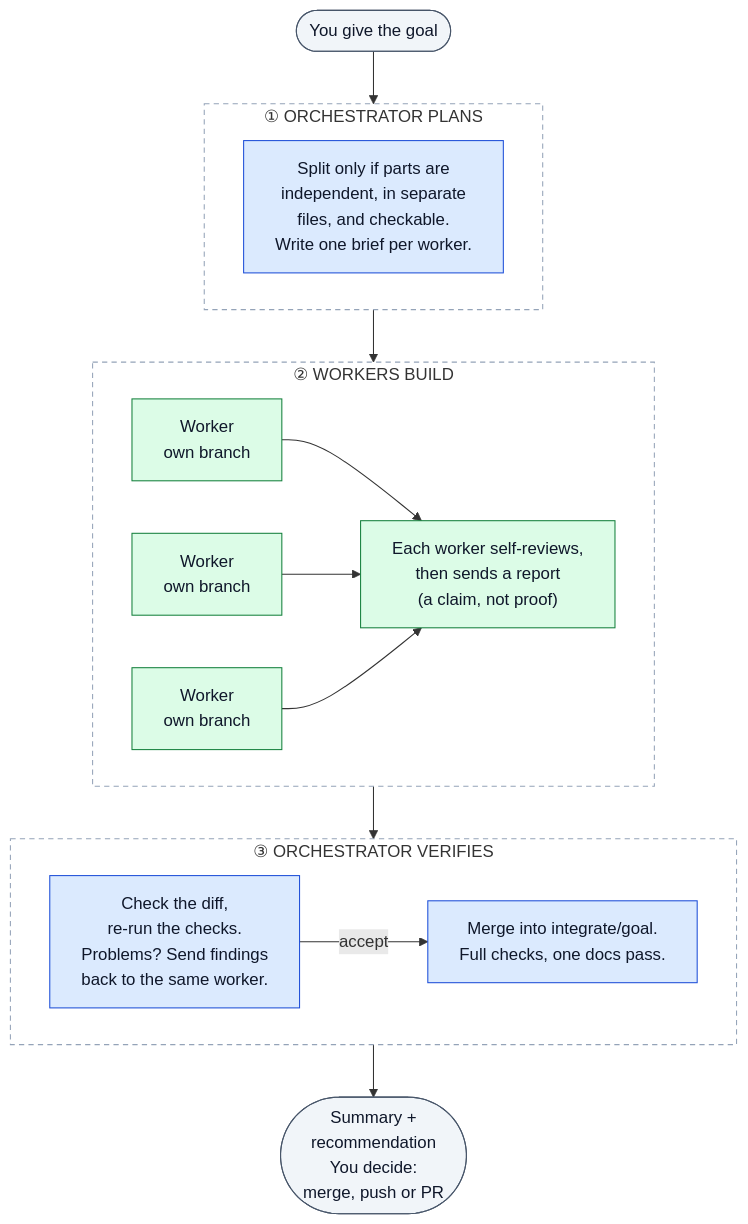
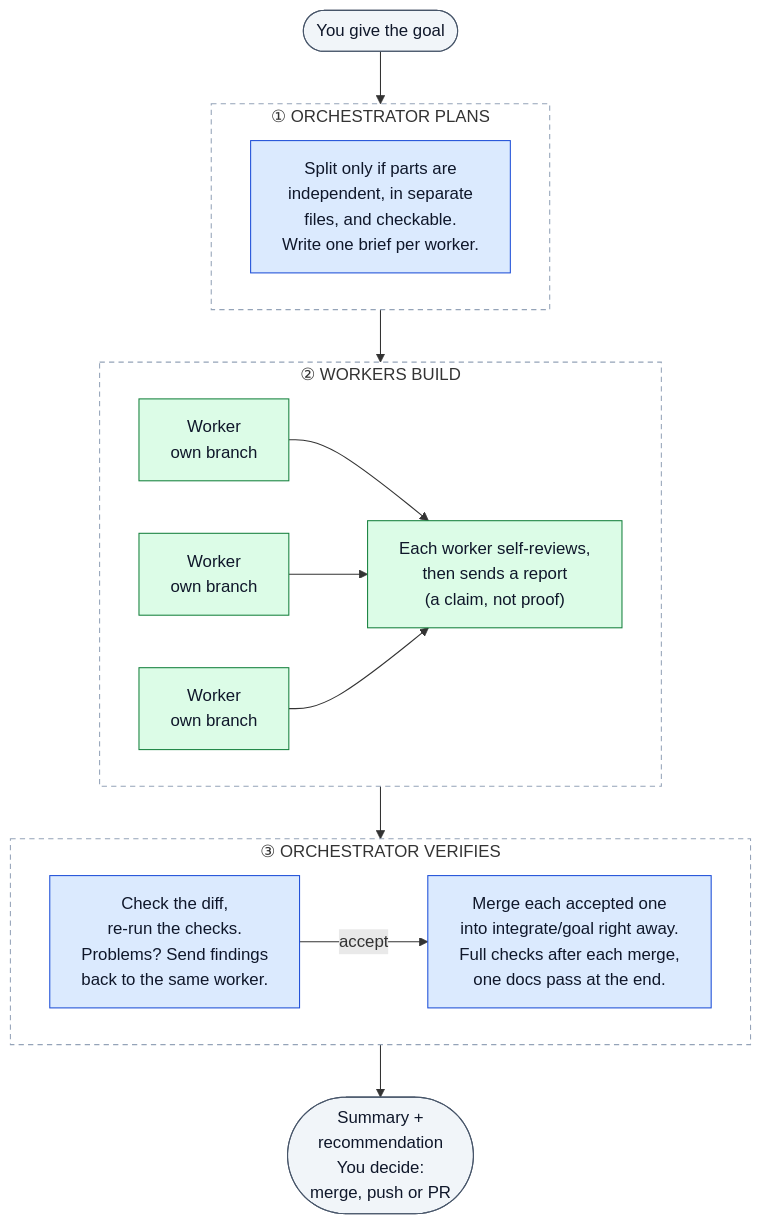
Before and after one commit to Fedekawa/claude-session-orchestration: the diagram in plugins/orchestrator-workers/README.md, drawn with Mermaid. The commit also changed other lines of this file and 10 other files, not shown here.

````diff
--- a/plugins/orchestrator-workers/README.md
+++ b/plugins/orchestrator-workers/README.md
@@ -22,41 +22,41 @@
 ```mermaid
 ---
 config:
   flowchart:
     wrappingWidth: 260
 ---
 flowchart TD
     user(["You give the goal"])
 
     subgraph P1 ["① ORCHESTRATOR PLANS"]
         plan["Split only if parts are<br/>independent, in separate<br/>files, and checkable.<br/>Write one brief per worker."]
     end
 
     subgraph P2 ["② WORKERS BUILD"]
         wa["Worker<br/>own branch"]
         wb["Worker<br/>own branch"]
         wc["Worker<br/>own branch"]
         report["Each worker self-reviews,<br/>then sends a report<br/>(a claim, not proof)"]
         wa & wb & wc --> report
     end
 
     subgraph P3 ["③ ORCHESTRATOR VERIFIES"]
         review["Check the diff,<br/>re-run the checks.<br/>Problems? Send findings<br/>back to the same worker."]
-        integrate["Merge into integrate/goal.<br/>Full checks, one docs pass."]
+        integrate["Merge each accepted one<br/>into integrate/goal right away.<br/>Full checks after each merge,<br/>one docs pass at the end."]
         review -- "accept" --> integrate
     end
 
     done(["Summary +<br/>recommendation<br/>You decide:<br/>merge, push or PR"])
 
     user --> P1 --> P2 --> P3 --> done
 
     classDef you fill:#f1f5f9,stroke:#475569,color:#0f172a
     classDef orch fill:#dbeafe,stroke:#1d4ed8,color:#0f172a
     classDef worker fill:#dcfce7,stroke:#15803d,color:#0f172a
     class user,done you
     class plan,review,integrate orch
     class wa,wb,wc,report worker
     style P1 fill:none,stroke:#94a3b8,stroke-dasharray:5 4
     style P2 fill:none,stroke:#94a3b8,stroke-dasharray:5 4
     style P3 fill:none,stroke:#94a3b8,stroke-dasharray:5 4
 ```
````
